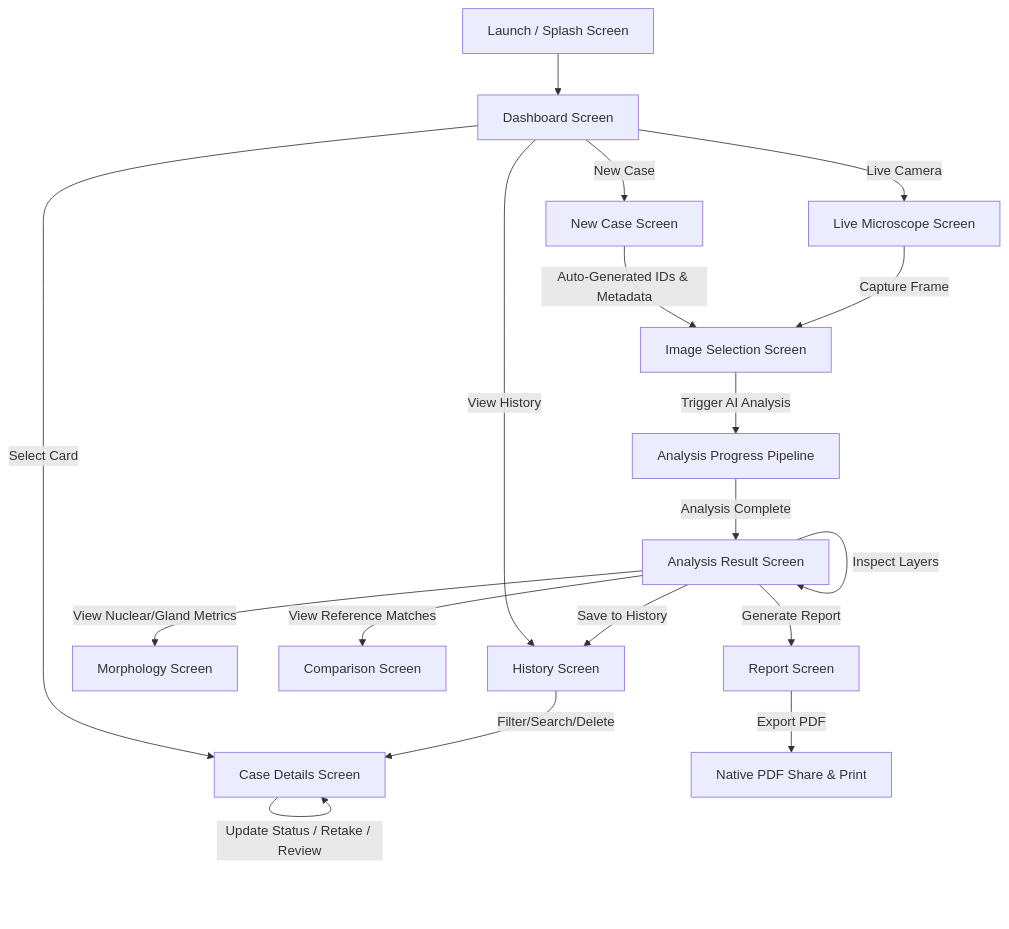
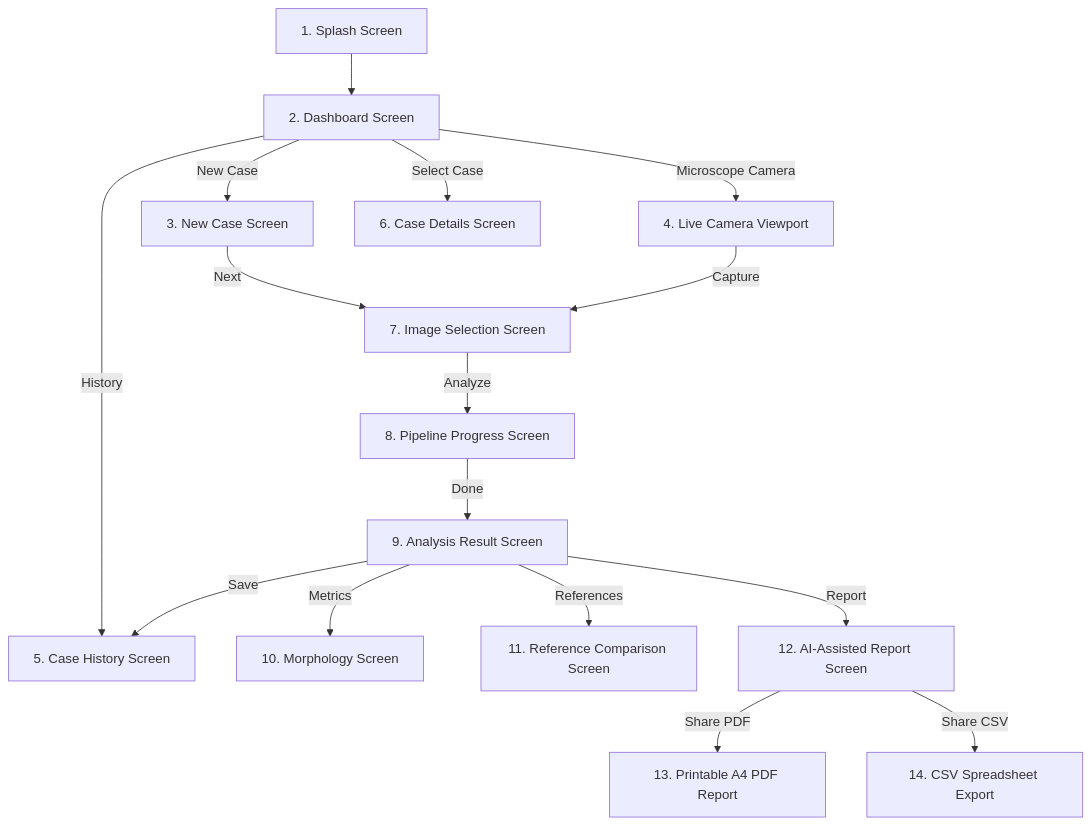
Before and after one commit to Adithya-PK/colonPath: the diagram in android/README.md, drawn with Mermaid. The commit also changed other lines of this file and 468 other files, not shown here.

Commit message:
feat(v3): stabilize ColonPath-AI V3 multimodal pipeline, fix Android socket timeout, update navigation lifecycle, and align repository architecture

````diff
--- a/android/README.md
+++ b/android/README.md
@@ -122,27 +128,24 @@
 ```mermaid
 flowchart TD
-    A[Launch / Splash Screen] --> B[Dashboard Screen]
+    SPLASH[1. Splash Screen] --> DASH[2. Dashboard Screen]
     
-    B -->|New Case| C[New Case Screen]
-    B -->|Live Camera| D[Live Microscope Screen]
-    B -->|View History| E[History Screen]
-    B -->|Select Card| F[Case Details Screen]
+    DASH -->|New Case| NEWCASE[3. New Case Screen]
+    DASH -->|Microscope Camera| LIVE[4. Live Camera Viewport]
+    DASH -->|History| HIST[5. Case History Screen]
+    DASH -->|Select Case| DETAILS[6. Case Details Screen]
     
-    C -->|Auto-Generated IDs & Metadata| G[Image Selection Screen]
-    D -->|Capture Frame| G
+    NEWCASE -->|Next| IMGSEL[7. Image Selection Screen]
+    LIVE -->|Capture| IMGSEL
     
-    G -->|Trigger AI Analysis| H[Analysis Progress Pipeline]
+    IMGSEL -->|Analyze| PROG[8. Pipeline Progress Screen]
     
-    H -->|Analysis Complete| I[Analysis Result Screen]
+    PROG -->|Done| RESULT[9. Analysis Result Screen]
     
-    I -->|Inspect Layers| I
-    I -->|Save to History| E
-    I -->|View Nuclear/Gland Metrics| J[Morphology Screen]
-    I -->|View Reference Matches| K[Comparison Screen]
-    I -->|Generate Report| L[Report Screen]
+    RESULT -->|Save| HIST
+    RESULT -->|Metrics| MORPH[10. Morphology Screen]
+    RESULT -->|References| COMP[11. Reference Comparison Screen]
+    RESULT -->|Report| REPORT[12. AI-Assisted Report Screen]
     
-    L -->|Export PDF| M[Native PDF Share & Print]
-    
-    E -->|Filter/Search/Delete| F
-    F -->|Update Status / Retake / Review| F
+    REPORT -->|Share PDF| PDF[13. Printable A4 PDF Report]
+    REPORT -->|Share CSV| CSV[14. CSV Spreadsheet Export]
 ```
````
